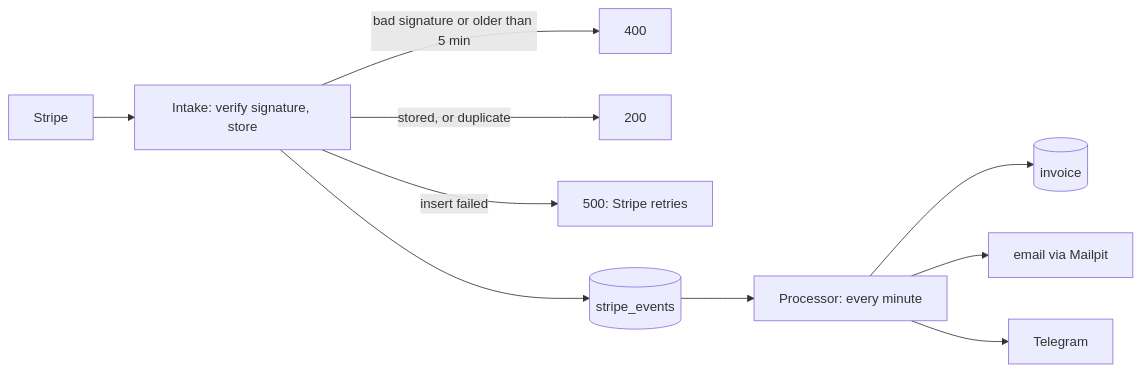
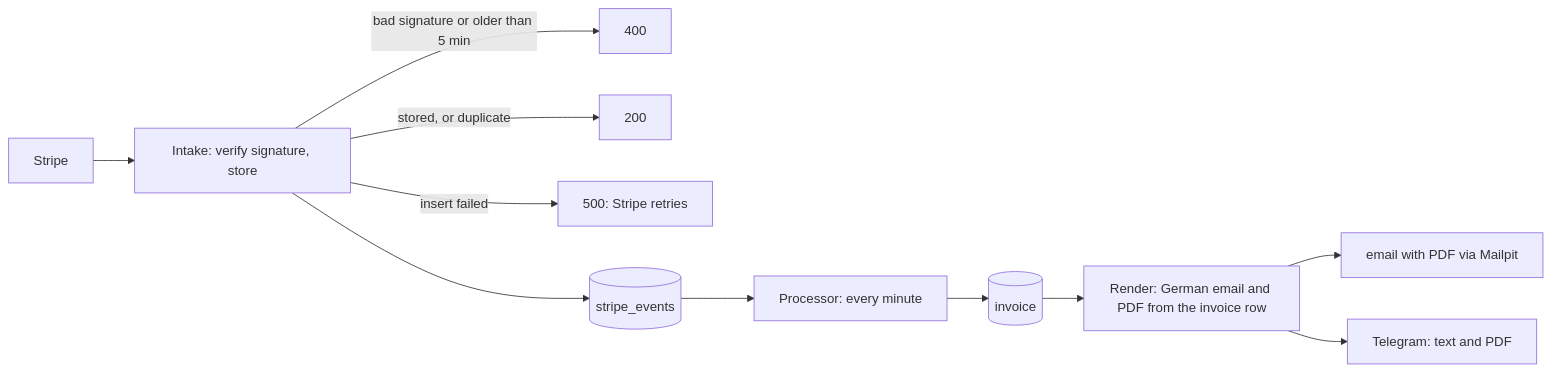
One commit to mahmoudsamae/n8n-automation-platform changed the first of 2 diagrams in README.md. Above: the diagram before and after it, drawn with Mermaid. The commit also changed other lines of this file and 6 other files, not shown here.

First line of the commit message:
Docs: invoice, PDF and Telegram (README, runbook, evidence, checklist, plan, case study)

````diff
--- a/README.md
+++ b/README.md
@@ -17,12 +33,13 @@
 ```mermaid
 flowchart LR
     S["Stripe"] --> I["Intake: verify signature, store"]
     I -->|"bad signature or older than 5 min"| R400["400"]
     I -->|"stored, or duplicate"| R200["200"]
     I -->|"insert failed"| R500["500: Stripe retries"]
     I --> DB[("stripe_events")]
     DB --> P["Processor: every minute"]
     P --> INV[("invoice")]
-    P --> M["email via Mailpit"]
-    P --> T["Telegram"]
+    INV --> R["Render: German email and PDF from the invoice row"]
+    R --> M["email with PDF via Mailpit"]
+    R --> T["Telegram: text and PDF"]
 ```
````
